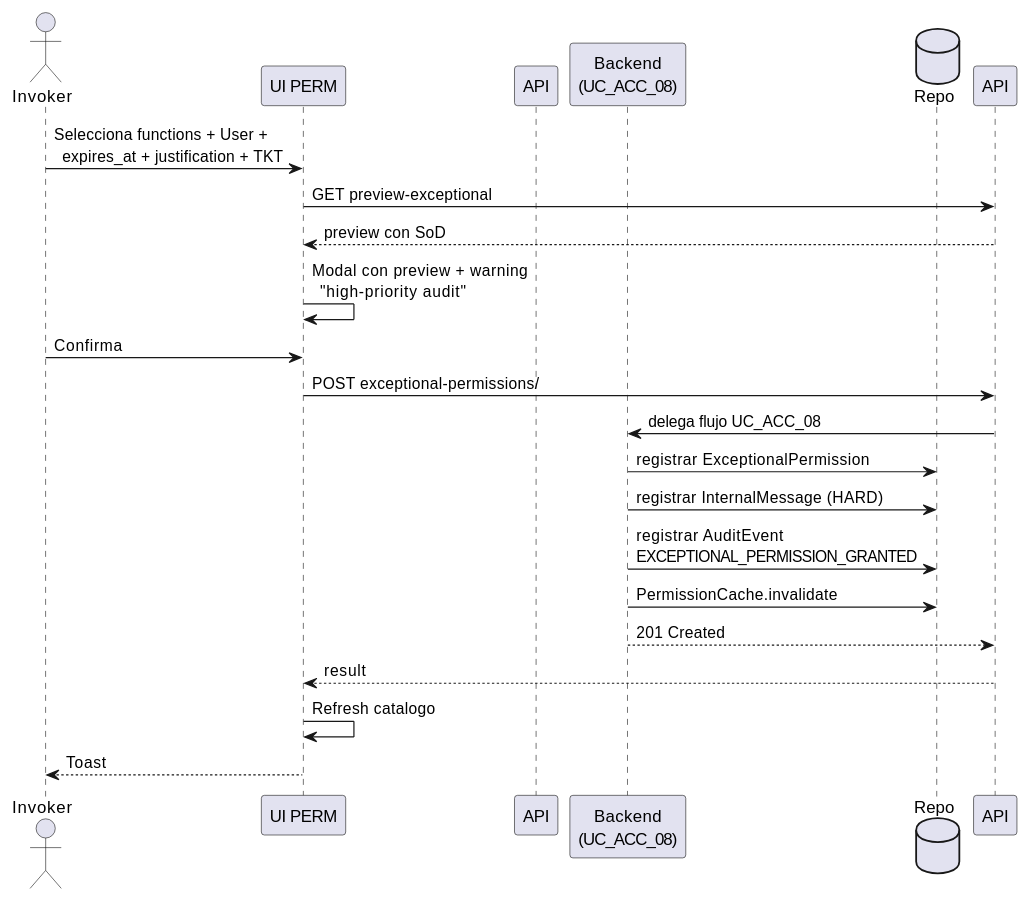
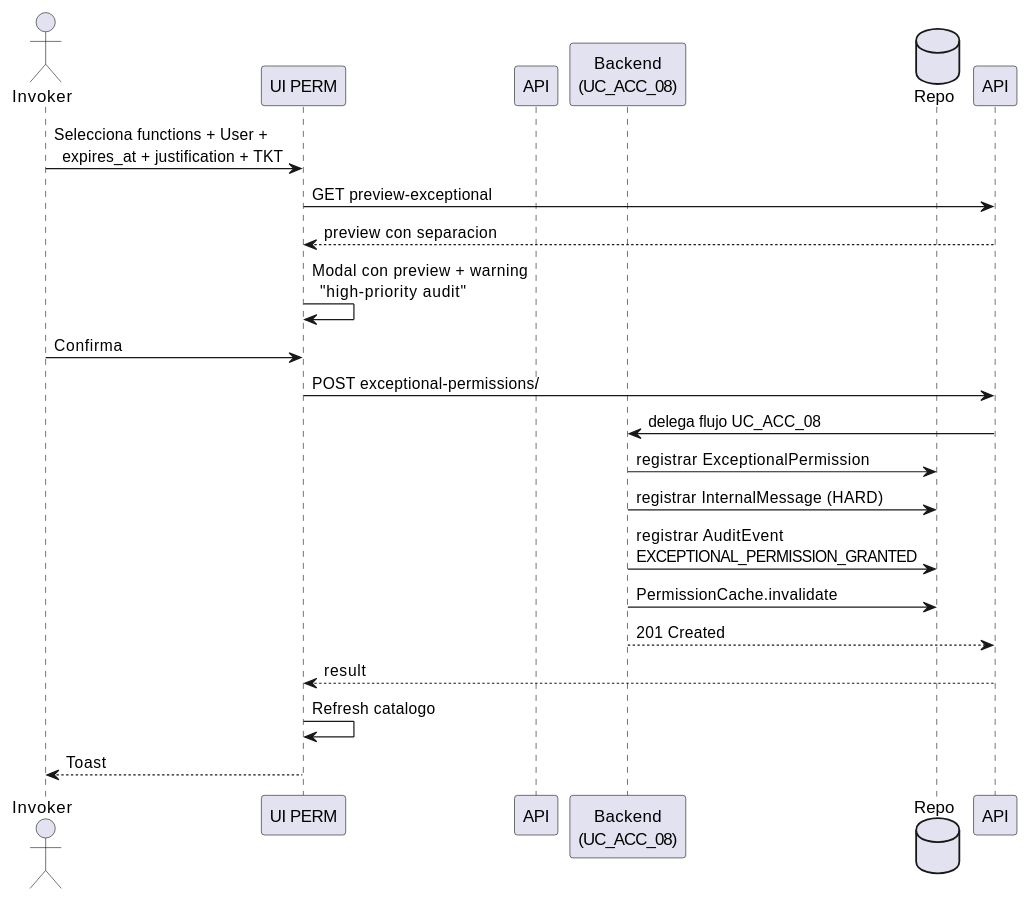
Before and after one commit to jcg-admin/IACT-docs: the diagram in source/requisitos/casos-uso/permissions/uc-perm-03/diagramas-uml/diagrama-de-secuencia.rst, drawn with PlantUML. The commit also changed 148 other files, not shown here.

```diff
--- a/source/requisitos/casos-uso/permissions/uc-perm-03/diagramas-uml/diagrama-de-secuencia.rst
+++ b/source/requisitos/casos-uso/permissions/uc-perm-03/diagramas-uml/diagrama-de-secuencia.rst
@@ -4,29 +4,29 @@
 .. uml::
  :caption: UC_PERM_03 — flujo
 
  @startuml
 
  actor Invoker as Invoker
  participant "UI PERM" as UiPerm
  participant "API" as EndpointAPI
  participant "Backend\n(UC_ACC_08)" as Backend
  database "Repo" as Repo
 
  Invoker -> UiPerm: Selecciona functions + User +\n  expires_at + justification + TKT
  UiPerm -> API: GET preview-exceptional
- API --> UiPerm: preview con SoD
+ API --> UiPerm: preview con separacion
  UiPerm -> UiPerm: Modal con preview + warning\n  "high-priority audit"
  Invoker -> UiPerm: Confirma
 
  UiPerm -> API: POST exceptional-permissions/
  API -> Backend: delega flujo UC_ACC_08
  Backend -> Repo: registrar ExceptionalPermission
  Backend -> Repo: registrar InternalMessage (HARD)
  Backend -> Repo: registrar AuditEvent\nEXCEPTIONAL_PERMISSION_GRANTED
  Backend -> Repo: PermissionCache.invalidate
  Backend --> API: 201 Created
  API --> UiPerm: result
  UiPerm -> UiPerm: Refresh catalogo
  UiPerm --> Invoker: Toast
 
  @enduml
```
